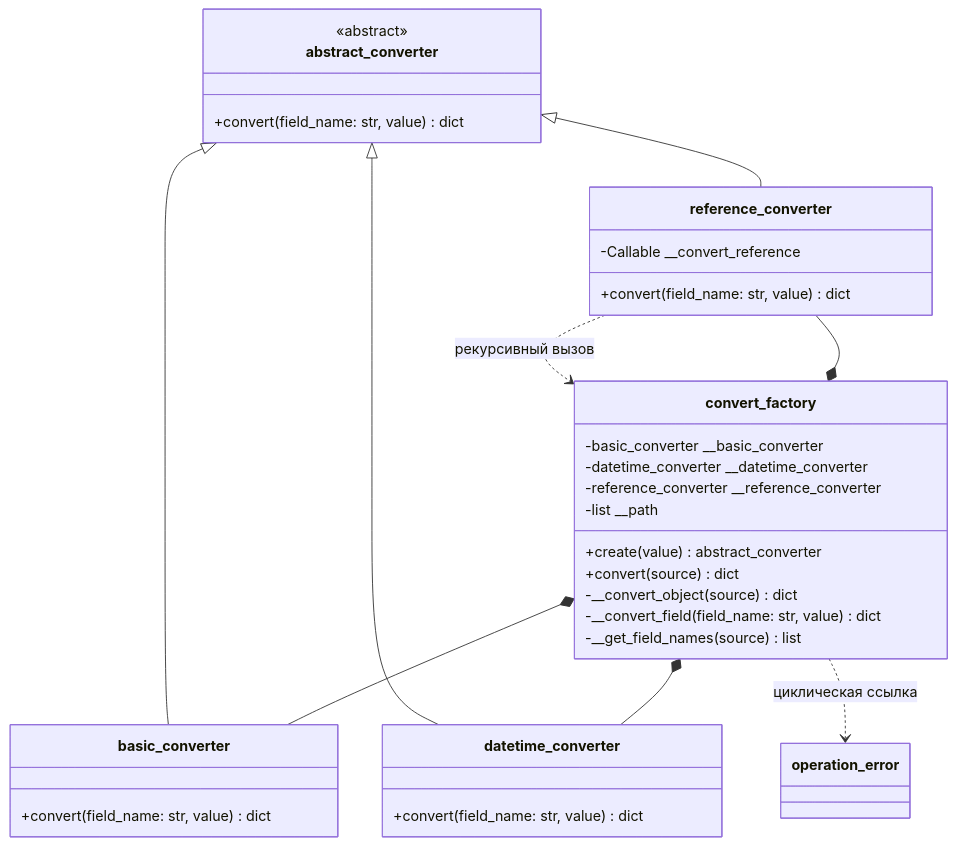
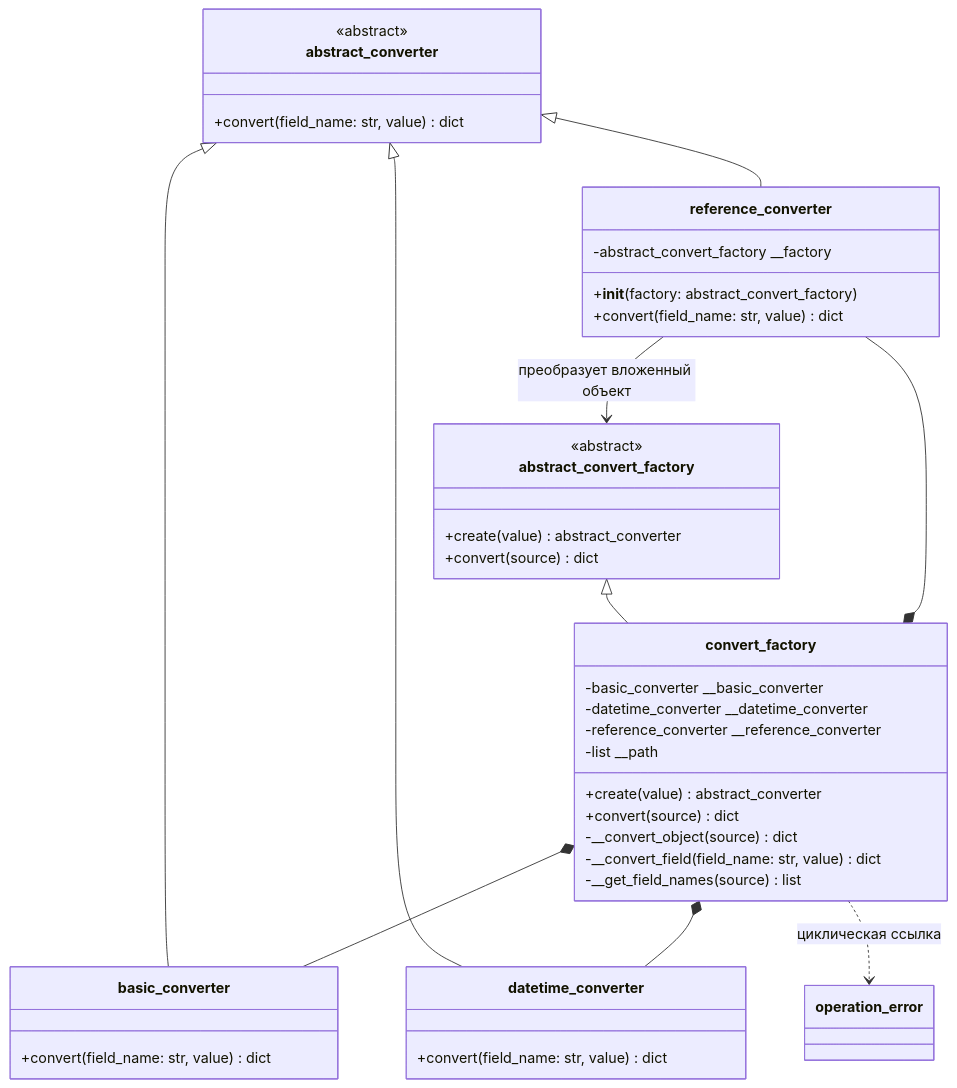
The first of 2 diagrams in Docs/UML/Converters.md (NikShep21/patterns2026), drawn with Mermaid before and after one commit. The commit also changed other lines of this file and 5 other files, not shown here.

Commit message:
add abstract conversion factory

````diff
--- a/Docs/UML/Converters.md
+++ b/Docs/UML/Converters.md
@@ -5,46 +5,54 @@
 ```mermaid
 classDiagram
     direction TB
 
     class abstract_converter {
         <<abstract>>
         +convert(field_name: str, value) dict
+    }
+
+    class abstract_convert_factory {
+        <<abstract>>
+        +create(value) abstract_converter
+        +convert(source) dict
     }
 
     class basic_converter {
         +convert(field_name: str, value) dict
     }
 
     class datetime_converter {
         +convert(field_name: str, value) dict
     }
 
     class reference_converter {
-        -Callable __convert_reference
+        -abstract_convert_factory __factory
+        +__init__(factory: abstract_convert_factory)
         +convert(field_name: str, value) dict
     }
 
     class convert_factory {
         -basic_converter __basic_converter
         -datetime_converter __datetime_converter
         -reference_converter __reference_converter
         -list __path
         +create(value) abstract_converter
         +convert(source) dict
         -__convert_object(source) dict
         -__convert_field(field_name: str, value) dict
         -__get_field_names(source) list
     }
 
     class operation_error
 
     abstract_converter <|-- basic_converter
     abstract_converter <|-- datetime_converter
     abstract_converter <|-- reference_converter
+    abstract_convert_factory <|-- convert_factory
 
     convert_factory *-- basic_converter
     convert_factory *-- datetime_converter
     convert_factory *-- reference_converter
-    reference_converter ..> convert_factory : рекурсивный вызов
+    reference_converter --> abstract_convert_factory : преобразует вложенный объект
     convert_factory ..> operation_error : циклическая ссылка
 ```
````
